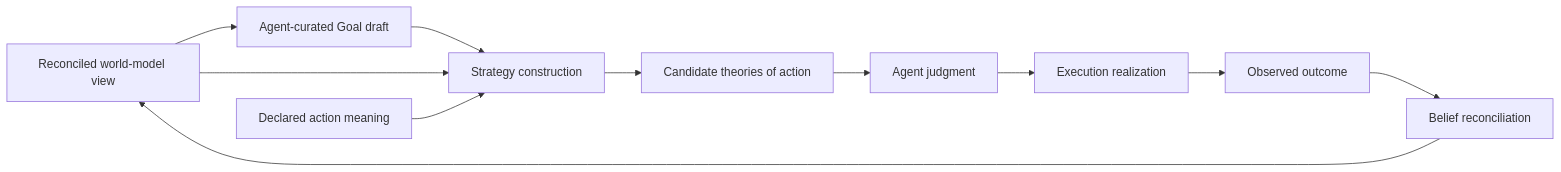
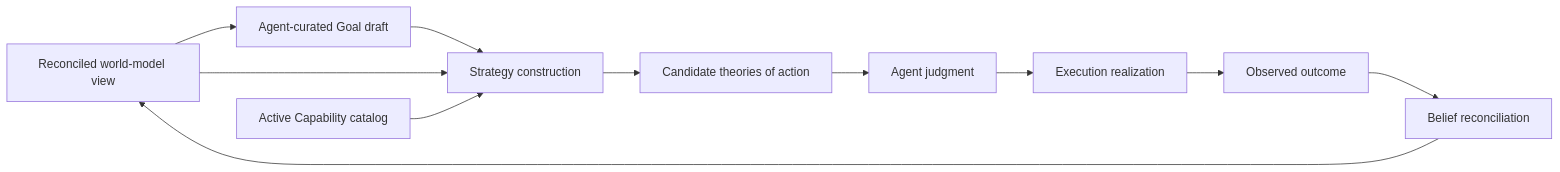
The diagram in design/cognitive_architecture/world_model/strategy/README.md (JerkyTreats/meld), drawn with Mermaid before and after one commit. The commit also changed other lines of this file and 171 other files, not shown here.

Commit message:
design(architecture): reframe work around native Meld substrates

````diff
--- a/design/cognitive_architecture/world_model/strategy/README.md
+++ b/design/cognitive_architecture/world_model/strategy/README.md
@@ -164,23 +170,23 @@
 ```mermaid
 flowchart LR
     BELIEF[Reconciled world-model view]
     DRAFT[Agent-curated Goal draft]
-    THEORY[Declared action meaning]
+    CATALOG[Active Capability catalog]
     STRATEGY[Strategy construction]
     CANDIDATES[Candidate theories of action]
     JUDGMENT[Agent judgment]
     EXECUTION[Execution realization]
     OUTCOME[Observed outcome]
     RECONCILE[Belief reconciliation]
 
     BELIEF --> DRAFT
     DRAFT --> STRATEGY
     BELIEF --> STRATEGY
-    THEORY --> STRATEGY
+    CATALOG --> STRATEGY
     STRATEGY --> CANDIDATES
     CANDIDATES --> JUDGMENT
     JUDGMENT --> EXECUTION
     EXECUTION --> OUTCOME
     OUTCOME --> RECONCILE
     RECONCILE --> BELIEF
 ```
````
